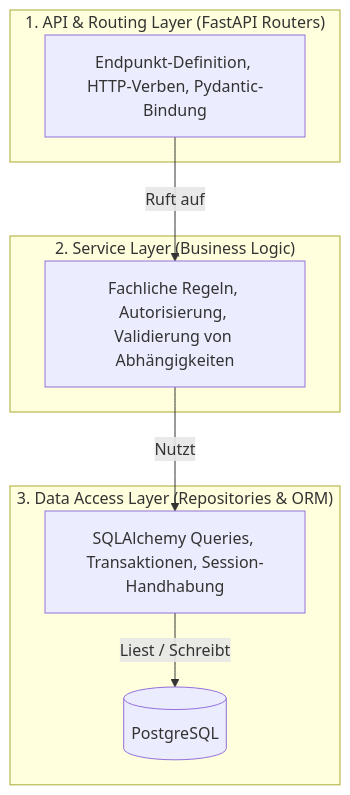
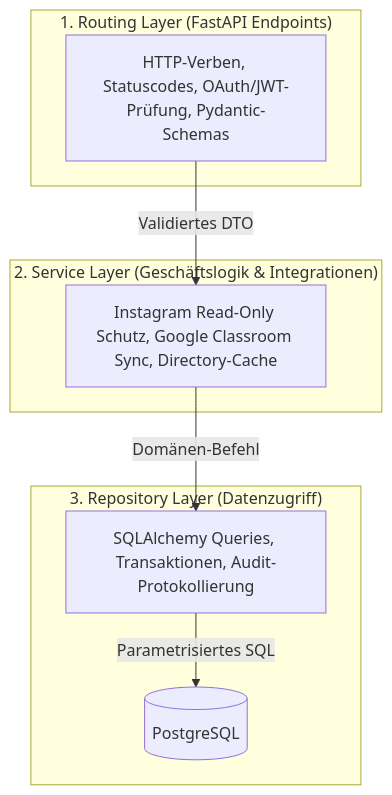
One commit to Pascal-Thommen/pascal-thommen.github.io changed the third of 3 diagrams in content/posts/upa-campus-app-architecture-part-5/index.de.md. Above: the diagram before and after it, drawn with Mermaid. The commit also changed other lines of this file and 20 other files, not shown here.

Commit message:
feat(posts): refine UPA Campus App architecture series with holistic webapp mental model and specification depth

````diff
--- a/content/posts/upa-campus-app-architecture-part-5/index.de.md
+++ b/content/posts/upa-campus-app-architecture-part-5/index.de.md
@@ -156,17 +112,17 @@
 ```mermaid
 flowchart TD
-    subgraph PresentationLayer["1. API & Routing Layer (FastAPI Routers)"]
-        Router["Endpunkt-Definition, HTTP-Verben, Pydantic-Bindung"]
+    subgraph PresentationLayer["1. Routing Layer (FastAPI Endpoints)"]
+        Router["HTTP-Verben, Statuscodes, OAuth/JWT-Prüfung, Pydantic-Schemas"]
     end
-    subgraph BusinessLayer["2. Service Layer (Business Logic)"]
-        Service["Fachliche Regeln, Autorisierung, Validierung von Abhängigkeiten"]
+    subgraph BusinessLayer["2. Service Layer (Geschäftslogik & Integrationen)"]
+        Service["Instagram Read-Only Schutz, Google Classroom Sync, Directory-Cache"]
     end
-    subgraph PersistenceLayer["3. Data Access Layer (Repositories & ORM)"]
-        Repo["SQLAlchemy Queries, Transaktionen, Session-Handhabung"]
+    subgraph PersistenceLayer["3. Repository Layer (Datenzugriff)"]
+        Repo["SQLAlchemy Queries, Transaktionen, Audit-Protokollierung"]
         DB[(PostgreSQL)]
     end
 
-    Router -->|Ruft auf| Service
-    Service -->|Nutzt| Repo
-    Repo -->|Liest / Schreibt| DB
+    Router -->|Validiertes DTO| Service
+    Service -->|Domänen-Befehl| Repo
+    Repo -->|Parametrisiertes SQL| DB
 ```
````
